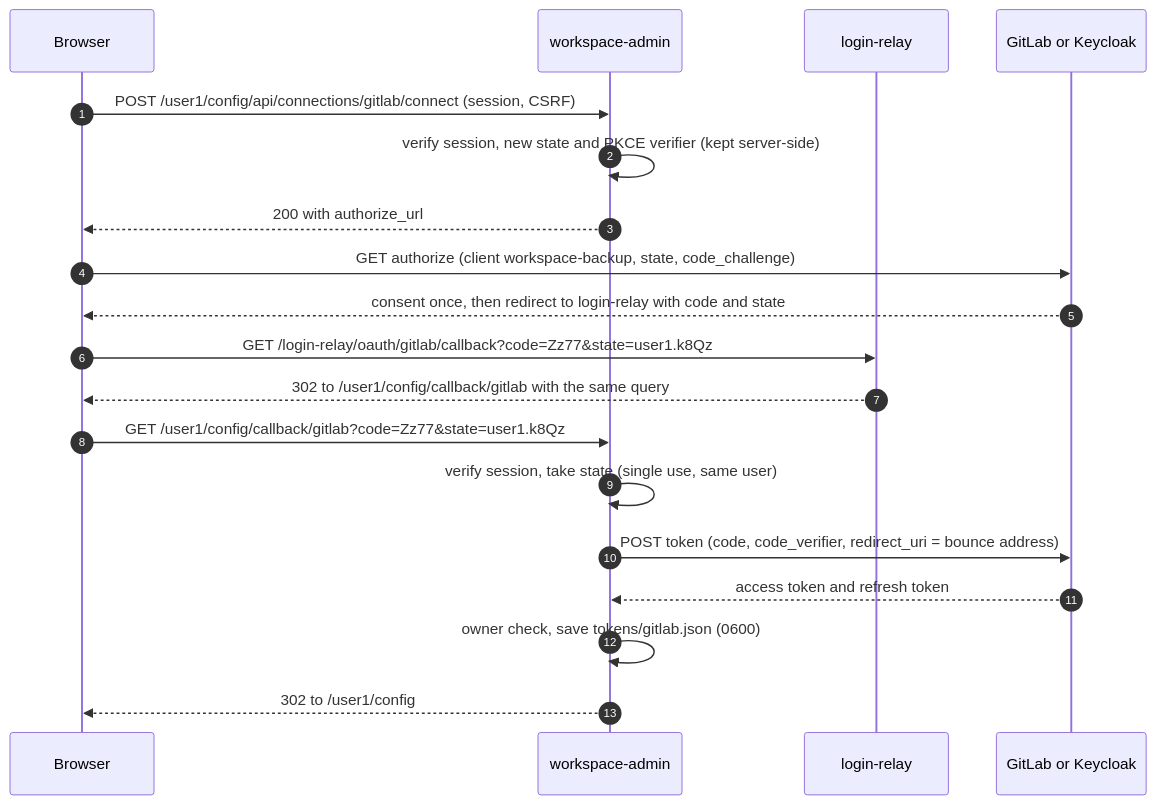
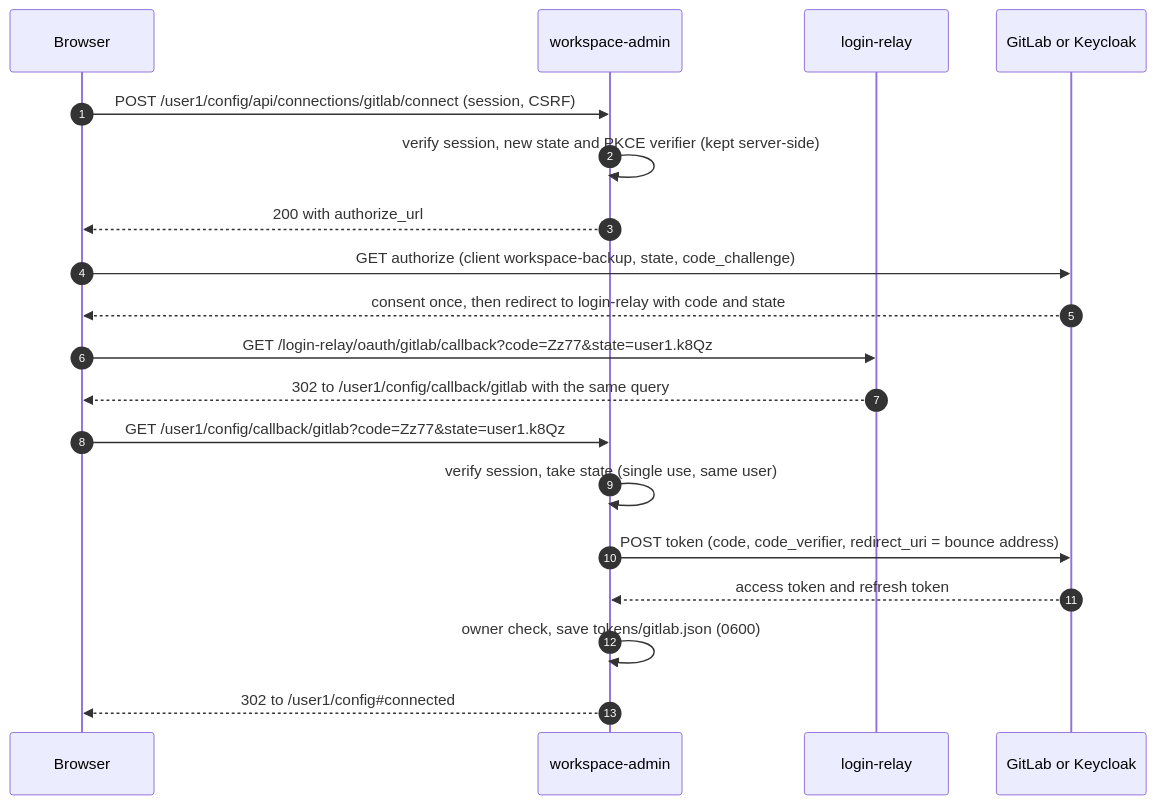
The first of 2 diagrams in docs/design/workspace-admin/SIGN_IN.md (INTO-CPS-Association/workspace), drawn with Mermaid before and after one commit.

Commit message:
Escape # in the sign-in diagram so GitHub shows the full label
Mermaid reads # as the start of an entity code, so GitHub rendered
"302 to /user1/config#connected" as "302 to /user1/config". Use the
#35; entity. Verified by rendering all 14 diagrams in Chromium and on
GitHub.

````diff
--- a/docs/design/workspace-admin/SIGN_IN.md
+++ b/docs/design/workspace-admin/SIGN_IN.md
@@ -30,21 +30,21 @@
 ```mermaid
 sequenceDiagram
     autonumber
     participant B as Browser
     participant A as workspace-admin
     participant L as login-relay
     participant P as GitLab or Keycloak
     B->>A: POST /user1/config/api/connections/gitlab/connect (session, CSRF)
     A->>A: verify session, new state and PKCE verifier (kept server-side)
     A-->>B: 200 with authorize_url
     B->>P: GET authorize (client workspace-backup, state, code_challenge)
     P-->>B: consent once, then redirect to login-relay with code and state
     B->>L: GET /login-relay/oauth/gitlab/callback?code=Zz77&state=user1.k8Qz
     L-->>B: 302 to /user1/config/callback/gitlab with the same query
     B->>A: GET /user1/config/callback/gitlab?code=Zz77&state=user1.k8Qz
     A->>A: verify session, take state (single use, same user)
     A->>P: POST token (code, code_verifier, redirect_uri = bounce address)
     P-->>A: access token and refresh token
     A->>A: owner check, save tokens/gitlab.json (0600)
-    A-->>B: 302 to /user1/config#connected
+    A-->>B: 302 to /user1/config#35;connected
 ```
````
